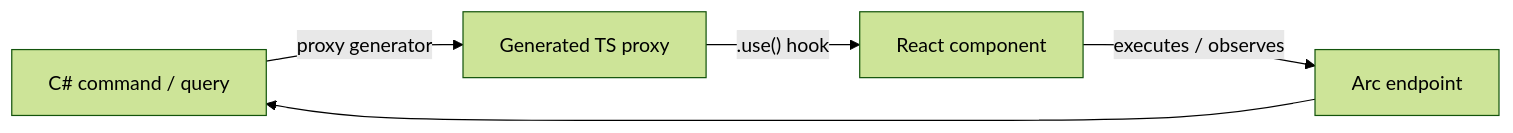
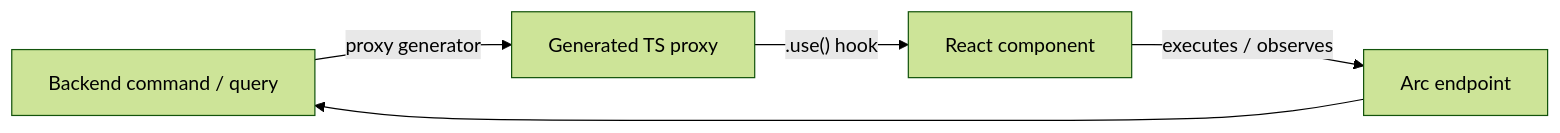
One commit to Cratis/Arc changed the diagram in Documentation/frontend/index.mdx. Above: the diagram before and after it, drawn with Mermaid (forest theme). The commit also changed other lines of this file and 60 other files, not shown here.

````diff
--- a/Documentation/frontend/index.mdx
+++ b/Documentation/frontend/index.mdx
@@ -22,7 +22,7 @@
 ```mermaid
 flowchart LR
-    CS["C# command / query"] -->|proxy generator| TS["Generated TS proxy"]
+    CS["Backend command / query"] -->|proxy generator| TS["Generated TS proxy"]
     TS -->|".use() hook"| RC["React component"]
     RC -->|executes / observes| API["Arc endpoint"]
     API --> CS
 ```
````
